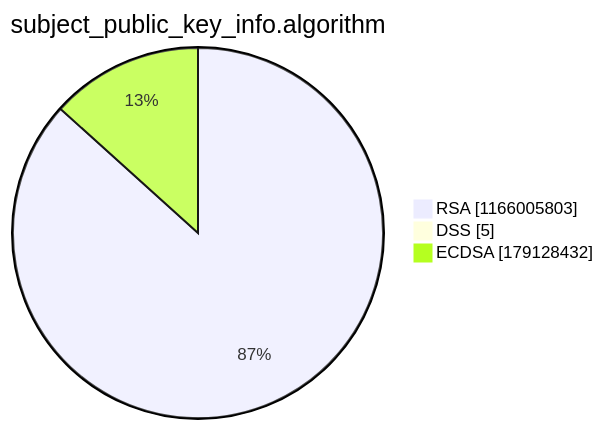
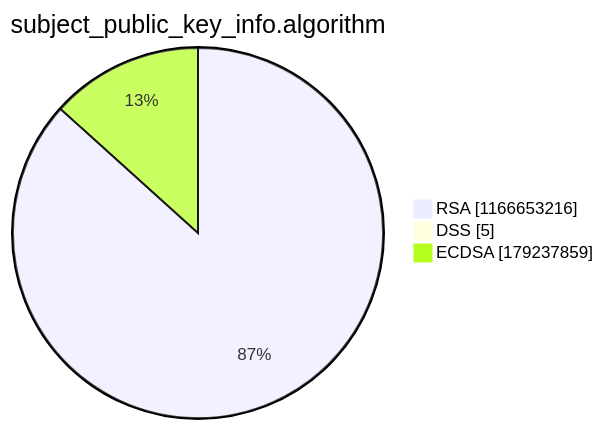
The third of 15 diagrams in argon2022/README.md (christiankrug/ctmonitor_visualization), drawn with Mermaid before and after one commit. The commit also changed other lines of this file, not shown here.

````diff
--- a/argon2022/README.md
+++ b/argon2022/README.md
@@ -14,7 +14,7 @@
 ```mermaid
 pie showData
 title subject_public_key_info.algorithm
-"RSA" :1166005803
+"RSA" :1166653216
 "DSS" :5
-"ECDSA" :179128432
+"ECDSA" :179237859
 ```
````
